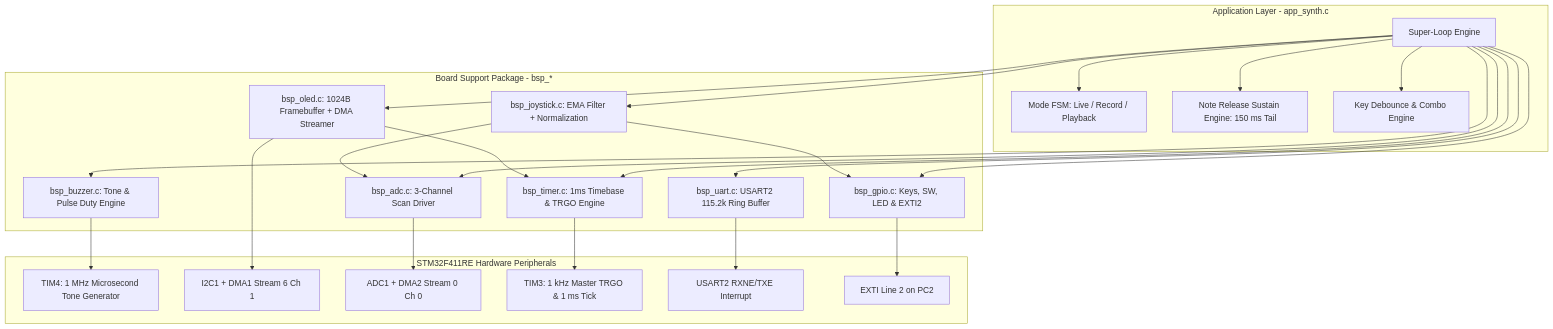
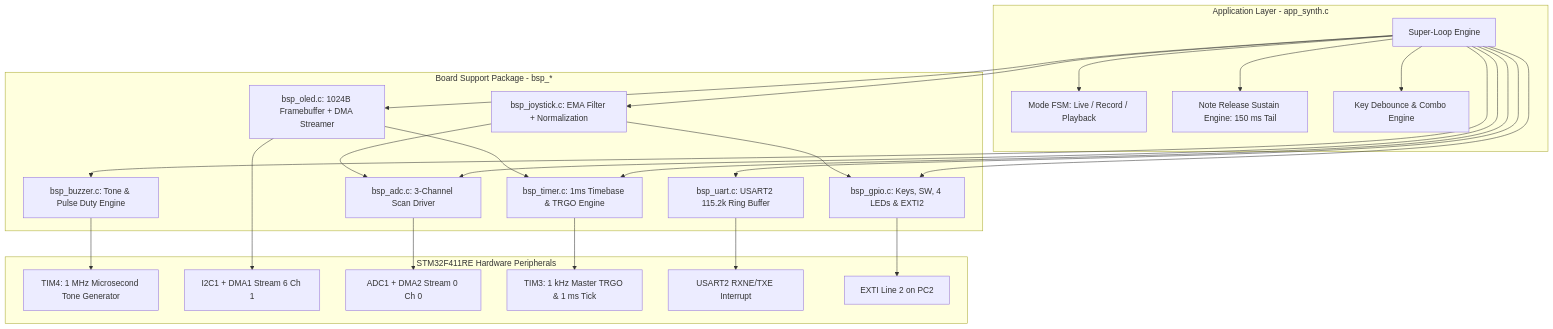
The diagram in README.md (peerapas-sr/STM32f411-synthesizer), drawn with Mermaid before and after one commit. The commit also changed other lines of this file and 7 other files, not shown here.

````diff
--- a/README.md
+++ b/README.md
@@ -41,49 +41,49 @@
 ```mermaid
 graph TD
     subgraph Application_Layer [Application Layer - app_synth.c]
         MainLoop[Super-Loop Engine]
         SeqFSM[Mode FSM: Live / Record / Playback]
         SustainEng[Note Release Sustain Engine: 150 ms Tail]
         KeyDebounce[Key Debounce & Combo Engine]
     end
 
     subgraph BSP_Drivers [Board Support Package - bsp_*]
         BSP_Buzzer[bsp_buzzer.c: Tone & Pulse Duty Engine]
         BSP_OLED[bsp_oled.c: 1024B Framebuffer + DMA Streamer]
         BSP_ADC[bsp_adc.c: 3-Channel Scan Driver]
         BSP_Joy[bsp_joystick.c: EMA Filter + Normalization]
         BSP_UART[bsp_uart.c: USART2 115.2k Ring Buffer]
         BSP_Timer[bsp_timer.c: 1ms Timebase & TRGO Engine]
-        BSP_GPIO[bsp_gpio.c: Keys, SW, LED & EXTI2]
+        BSP_GPIO[bsp_gpio.c: Keys, SW, 4 LEDs & EXTI2]
     end
 
     subgraph STM32F411_Hardware [STM32F411RE Hardware Peripherals]
         TIM4[TIM4: 1 MHz Microsecond Tone Generator]
         I2C1_DMA1[I2C1 + DMA1 Stream 6 Ch 1]
         ADC1_DMA2[ADC1 + DMA2 Stream 0 Ch 0]
         TIM3[TIM3: 1 kHz Master TRGO & 1 ms Tick]
         USART2[USART2 RXNE/TXE Interrupt]
         EXTI2[EXTI Line 2 on PC2]
     end
 
     MainLoop --> SeqFSM
     MainLoop --> SustainEng
     MainLoop --> KeyDebounce
     MainLoop --> BSP_OLED
     MainLoop --> BSP_Buzzer
     MainLoop --> BSP_Joy
     MainLoop --> BSP_UART
     MainLoop --> BSP_ADC
     MainLoop --> BSP_GPIO
     MainLoop --> BSP_Timer
     BSP_Joy --> BSP_ADC
     BSP_Joy --> BSP_GPIO
     BSP_OLED --> BSP_Timer
 
     BSP_Buzzer --> TIM4
     BSP_OLED --> I2C1_DMA1
     BSP_ADC --> ADC1_DMA2
     BSP_Timer --> TIM3
     BSP_UART --> USART2
     BSP_GPIO --> EXTI2
 ```
````
